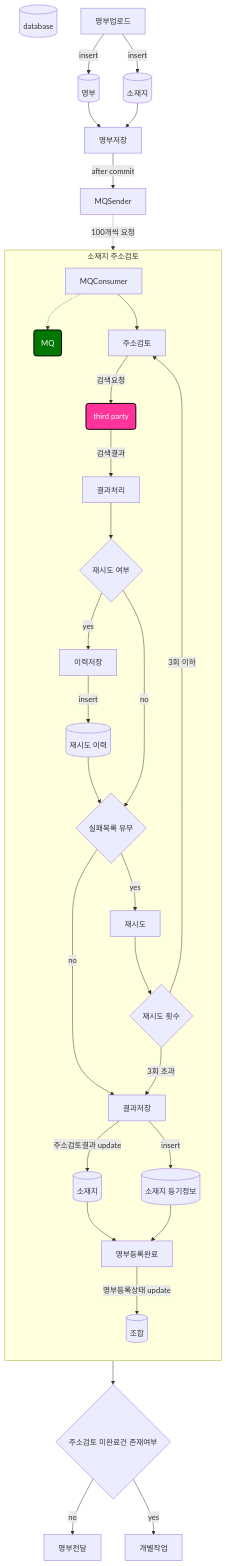
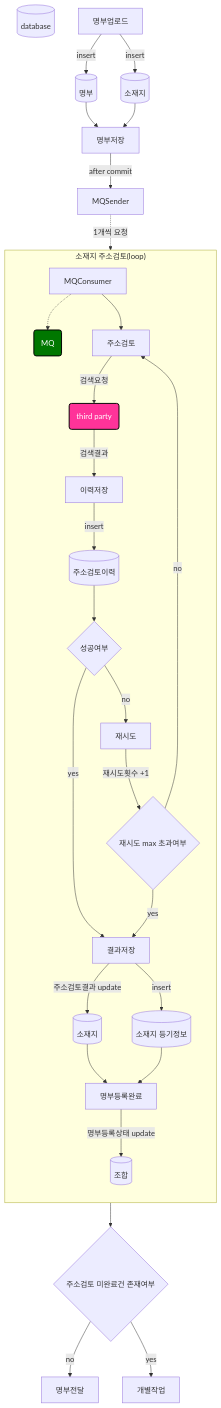
One commit to next-step/career-architecture changed the diagram in tobe/ARCHITECTURE-submit.md. Above: the diagram before and after it, drawn with Mermaid.

Commit message:
fix: tobe 개선포인트 작성
- 단건 주소검토로 변경

````diff
--- a/tobe/ARCHITECTURE-submit.md
+++ b/tobe/ARCHITECTURE-submit.md
@@ -26,44 +26,40 @@
 ```mermaid
 flowchart TB
     
 %% Colors %%
 classDef red fill:#FF3399,stroke:#000,stroke-width:2px,color:#fff
 classDef green fill:#007700,stroke:#000,stroke-width:2px,color:#fff
 classDef sky fill:#0000CD,stroke:#000,stroke-width:2px,color:#fff
 
     database[(database)]
 
 
     명부업로드-->|insert|register[(명부)]
     명부업로드-->|insert|address[(소재지)]
     register-->명부저장
     address-->명부저장
     명부저장-->|after commit|MQSender
-    MQSender-.->|100개씩 요청|MQ
-    subgraph 소재지 주소검토
+    MQSender-.->|1개씩 요청|MQ
+    subgraph "소재지 주소검토(loop)"
         direction TB
         MQConsumer-.->MQ
         MQConsumer-->주소검토
-            주소검토-->|검색요청|thirdParty-->|검색결과|결과처리
-%%            결과처리-->재시도처리
-            결과처리-->RetryYn{재시도 여부}
-            RetryYn-->|yes|이력저장-->|insert|retryHistory[(재시도 이력)]-->Response
-            RetryYn-->|no|Response{실패목록 유무}
-%%        재시도처리-->Response{실패목록 유무}
-        Response-->|no|결과저장-->|주소검토결과 update|소재지[(소재지)]
+            주소검토-->|검색요청|thirdParty-->|검색결과|이력저장-->|insert|requestHistory[(주소검토이력)]
+        requestHistory-->Result{성공여부}
+        Result-->|yes|결과저장-->|주소검토결과 update|소재지[(소재지)]
         결과저장-->|insert|addressDetail[(소재지 등기정보)]
-        Response-->|yes|재시도
-        재시도-->retry{재시도 횟수}
-            retry-->|3회 이하|주소검토
-            retry-->|3회 초과|결과저장
+        Result-->|no|재시도
+        재시도-->|재시도횟수 +1|retry{재시도 max 초과여부}
+            retry-->|yes|결과저장
+            retry-->|no|주소검토
         소재지-->명부등록완료
         addressDetail-->명부등록완료
         명부등록완료-->|명부등록상태 update|union[(조합)]
     end
     union-->주소검토결과{주소검토 미완료건 존재여부}
     주소검토결과-->|no|명부전달
     주소검토결과-->|yes|개별작업
     
     thirdParty(third party):::red
     MQ(MQ):::green
-``` 
+```
````
